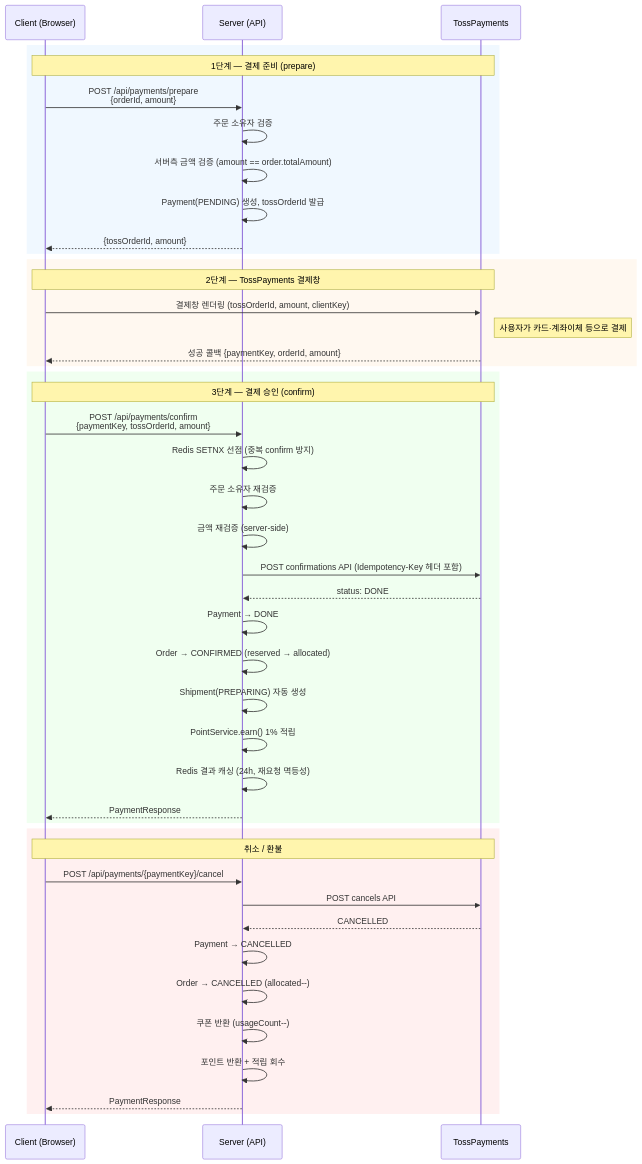
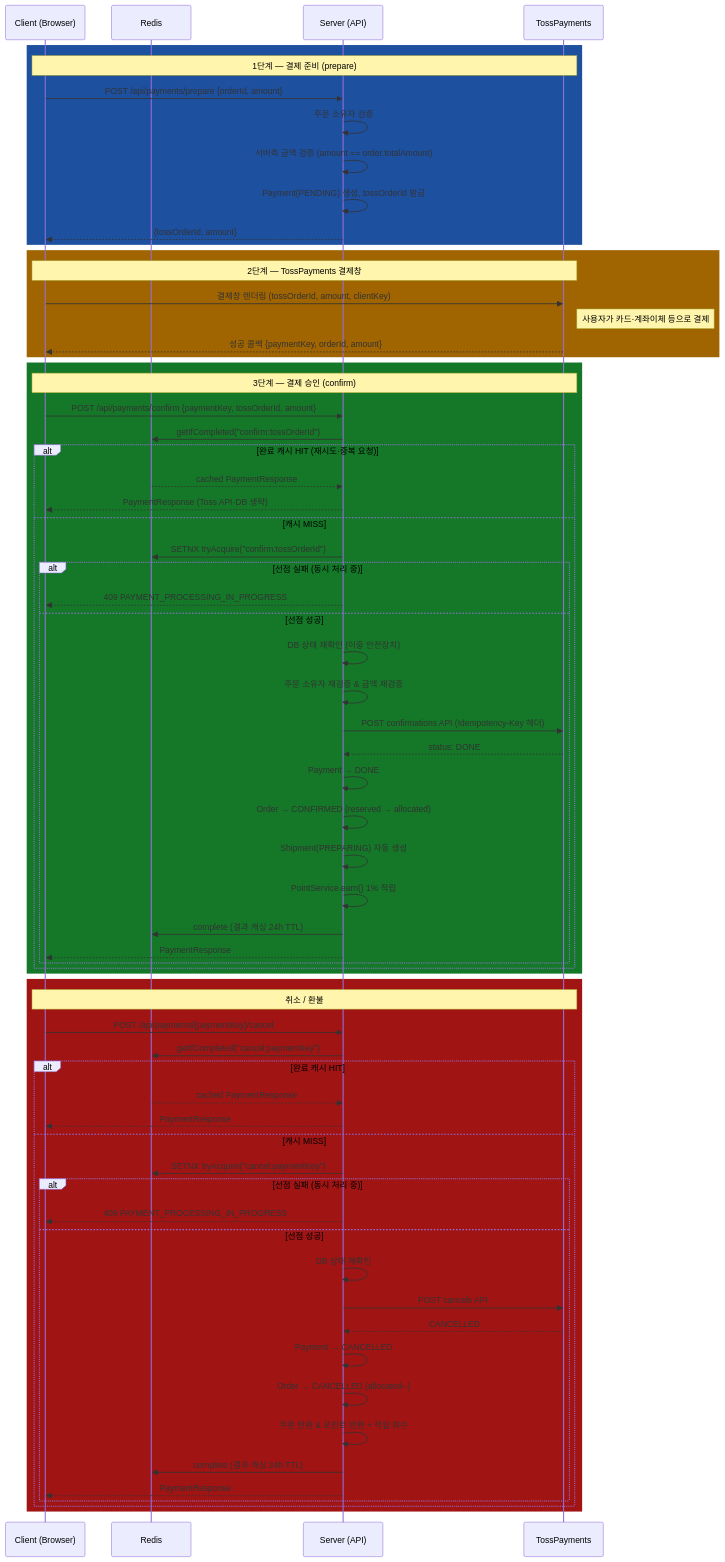
The third of 6 diagrams in README.md (nameless0422/stock-management-api), drawn with Mermaid before and after one commit.

Commit message:
docs: cancel 섹션 SETNX 분기 누락 수정 (alt 선점 실패/성공 추가)

````diff
--- a/README.md
+++ b/README.md
@@ -424,50 +424,73 @@
 ```mermaid
 sequenceDiagram
     participant C as Client (Browser)
+    participant R as Redis
     participant S as Server (API)
     participant T as TossPayments
 
-    rect rgb(240, 248, 255)
+    rect rgb(30, 80, 160)
         Note over C,T: 1단계 — 결제 준비 (prepare)
-        C->>S: POST /api/payments/prepare<br/>{orderId, amount}
+        C->>S: POST /api/payments/prepare {orderId, amount}
         S->>S: 주문 소유자 검증
         S->>S: 서버측 금액 검증 (amount == order.totalAmount)
         S->>S: Payment(PENDING) 생성, tossOrderId 발급
         S-->>C: {tossOrderId, amount}
     end
 
-    rect rgb(255, 248, 240)
+    rect rgb(160, 100, 0)
         Note over C,T: 2단계 — TossPayments 결제창
         C->>T: 결제창 렌더링 (tossOrderId, amount, clientKey)
         Note right of T: 사용자가 카드·계좌이체 등으로 결제
         T-->>C: 성공 콜백 {paymentKey, orderId, amount}
     end
 
-    rect rgb(240, 255, 240)
+    rect rgb(20, 120, 40)
         Note over C,T: 3단계 — 결제 승인 (confirm)
-        C->>S: POST /api/payments/confirm<br/>{paymentKey, tossOrderId, amount}
-        S->>S: Redis SETNX 선점 (중복 confirm 방지)
-        S->>S: 주문 소유자 재검증
-        S->>S: 금액 재검증 (server-side)
-        S->>T: POST confirmations API (Idempotency-Key 헤더 포함)
-        T-->>S: status: DONE
-        S->>S: Payment → DONE
-        S->>S: Order → CONFIRMED (reserved → allocated)
-        S->>S: Shipment(PREPARING) 자동 생성
-        S->>S: PointService.earn() 1% 적립
-        S->>S: Redis 결과 캐싱 (24h, 재요청 멱등성)
-        S-->>C: PaymentResponse
+        C->>S: POST /api/payments/confirm {paymentKey, tossOrderId, amount}
+        S->>R: getIfCompleted("confirm:tossOrderId")
+        alt 완료 캐시 HIT (재시도·중복 요청)
+            R-->>S: cached PaymentResponse
+            S-->>C: PaymentResponse (Toss API·DB 생략)
+        else 캐시 MISS
+            S->>R: SETNX tryAcquire("confirm:tossOrderId")
+            alt 선점 실패 (동시 처리 중)
+                S-->>C: 409 PAYMENT_PROCESSING_IN_PROGRESS
+            else 선점 성공
+                S->>S: DB 상태 재확인 (이중 안전장치)
+                S->>S: 주문 소유자 재검증 & 금액 재검증
+                S->>T: POST confirmations API (Idempotency-Key 헤더)
+                T-->>S: status: DONE
+                S->>S: Payment → DONE
+                S->>S: Order → CONFIRMED (reserved → allocated)
+                S->>S: Shipment(PREPARING) 자동 생성
+                S->>S: PointService.earn() 1% 적립
+                S->>R: complete (결과 캐싱 24h TTL)
+                S-->>C: PaymentResponse
+            end
+        end
     end
 
-    rect rgb(255, 240, 240)
+    rect rgb(160, 20, 20)
         Note over C,T: 취소 / 환불
         C->>S: POST /api/payments/{paymentKey}/cancel
-        S->>T: POST cancels API
-        T-->>S: CANCELLED
-        S->>S: Payment → CANCELLED
-        S->>S: Order → CANCELLED (allocated--)
-        S->>S: 쿠폰 반환 (usageCount--)
-        S->>S: 포인트 반환 + 적립 회수
-        S-->>C: PaymentResponse
+        S->>R: getIfCompleted("cancel:paymentKey")
+        alt 완료 캐시 HIT
+            R-->>S: cached PaymentResponse
+            S-->>C: PaymentResponse
+        else 캐시 MISS
+            S->>R: SETNX tryAcquire("cancel:paymentKey")
+            alt 선점 실패 (동시 처리 중)
+                S-->>C: 409 PAYMENT_PROCESSING_IN_PROGRESS
+            else 선점 성공
+                S->>S: DB 상태 재확인
+                S->>T: POST cancels API
+                T-->>S: CANCELLED
+                S->>S: Payment → CANCELLED
+                S->>S: Order → CANCELLED (allocated--)
+                S->>S: 쿠폰 반환 & 포인트 반환 + 적립 회수
+                S->>R: complete (결과 캐싱 24h TTL)
+                S-->>C: PaymentResponse
+            end
+        end
     end
 ```
````
